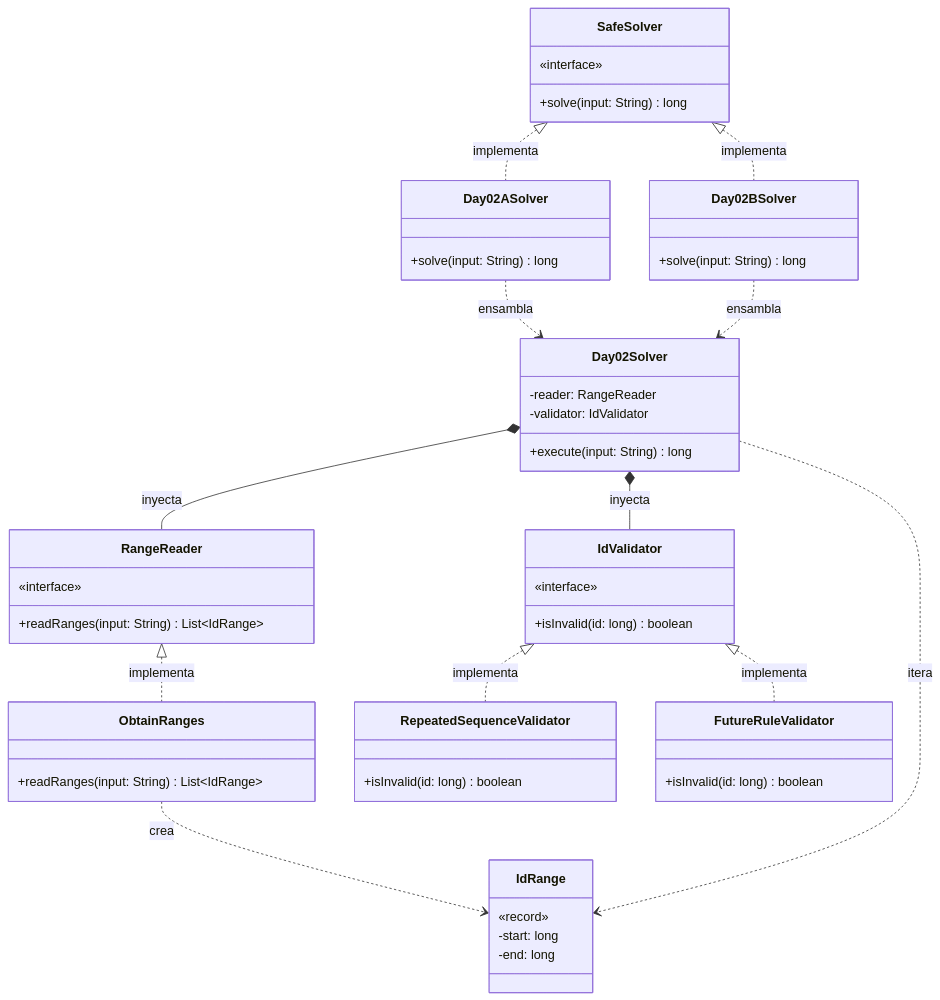
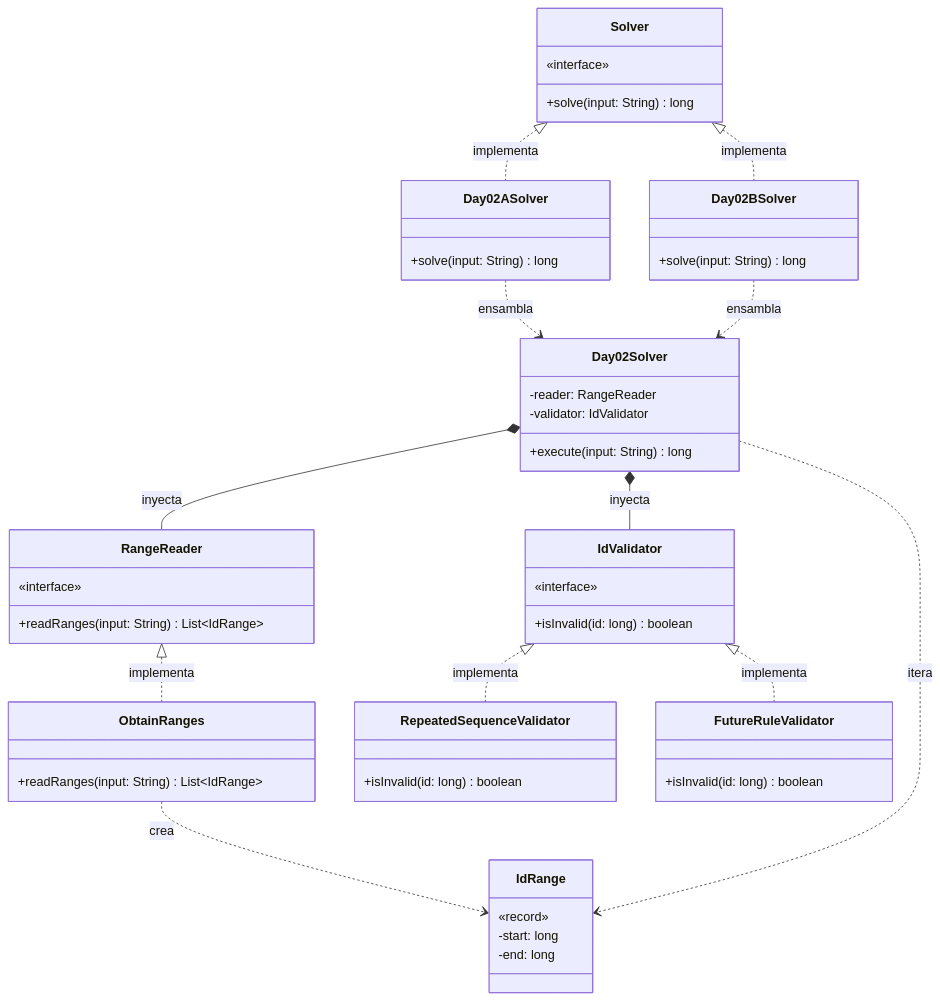
One commit to ivanperezdiaz829/AoC2025 changed the diagram in src/main/java/software/aoc/day01/README.md. Above: the diagram before and after it, drawn with Mermaid. The commit also changed 5 other files, not shown here.

Commit message:
fix(README): All mentions to SafeSolver changed by Solver

````diff
--- a/src/main/java/software/aoc/day01/README.md
+++ b/src/main/java/software/aoc/day01/README.md
@@ -37,66 +37,66 @@
 ```mermaid
 classDiagram
-  class SafeSolver {
+  class Solver {
     «interface»
     +solve(input: String) long
   }
 
   class Day02ASolver {
     +solve(input: String) long
   }
 
   class Day02BSolver {
     +solve(input: String) long
   }
 
   class Day02Solver {
     -reader: RangeReader
     -validator: IdValidator
     +execute(input: String) long
   }
 
   class IdRange {
     «record»
     -start: long
     -end: long
   }
 
   class RangeReader {
     «interface»
     +readRanges(input: String) List~IdRange~
   }
 
   class ObtainRanges {
     +readRanges(input: String) List~IdRange~
   }
 
   class IdValidator {
     «interface»
     +isInvalid(id: long) boolean
   }
 
   class RepeatedSequenceValidator {
     +isInvalid(id: long) boolean
   }
 
   class FutureRuleValidator {
     +isInvalid(id: long) boolean
   }
 
 %% Relaciones de Implementación
-  SafeSolver <|.. Day02ASolver : implementa
-  SafeSolver <|.. Day02BSolver : implementa
+  Solver <|.. Day02ASolver : implementa
+  Solver <|.. Day02BSolver : implementa
   RangeReader <|.. ObtainRanges : implementa
   IdValidator <|.. RepeatedSequenceValidator : implementa
   IdValidator <|.. FutureRuleValidator : implementa
 
 %% Relaciones de Orquestación e Inyección
   Day02ASolver ..> Day02Solver : ensambla
   Day02BSolver ..> Day02Solver : ensambla
   Day02Solver *-- RangeReader : inyecta
   Day02Solver *-- IdValidator : inyecta
 
 %% Dependencias de Dominio (Value Objects e Inmutabilidad)
   ObtainRanges ..> IdRange : crea
   Day02Solver ..> IdRange : itera
 ```
````
